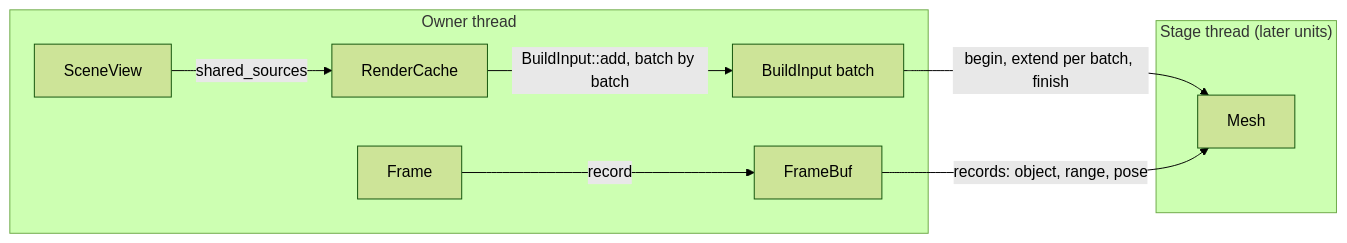
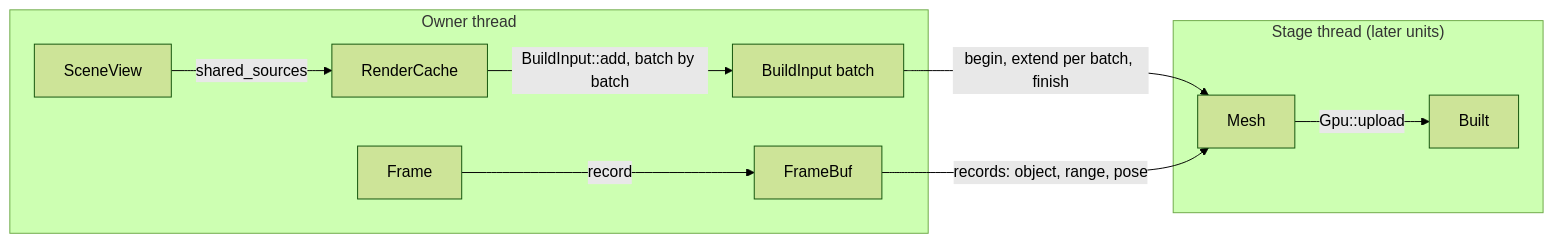
Before and after one commit to labcoder/capsula: the diagram in docs/development/render.md, drawn with Mermaid (forest theme). The commit also changed other lines of this file and 14 other files, not shown here.

Commit message:
feat(render): open a wgpu device and upload a mesh under a byte budget (#860)

````diff
--- a/docs/development/render.md
+++ b/docs/development/render.md
@@ -44,13 +45,13 @@
 ```mermaid
 flowchart LR
   subgraph owner["Owner thread"]
     view["SceneView"] -->|shared_sources| cache["RenderCache"]
     cache -->|"BuildInput::add, batch by batch"| input["BuildInput batch"]
     frame["Frame"] -->|record| buf["FrameBuf"]
   end
   subgraph stage["Stage thread (later units)"]
-    mesh["Mesh"]
+    mesh["Mesh"] -->|"Gpu::upload"| built["Built"]
   end
   input -->|"begin, extend per batch, finish"| mesh
   buf -->|"records: object, range, pose"| mesh
 ```
````
